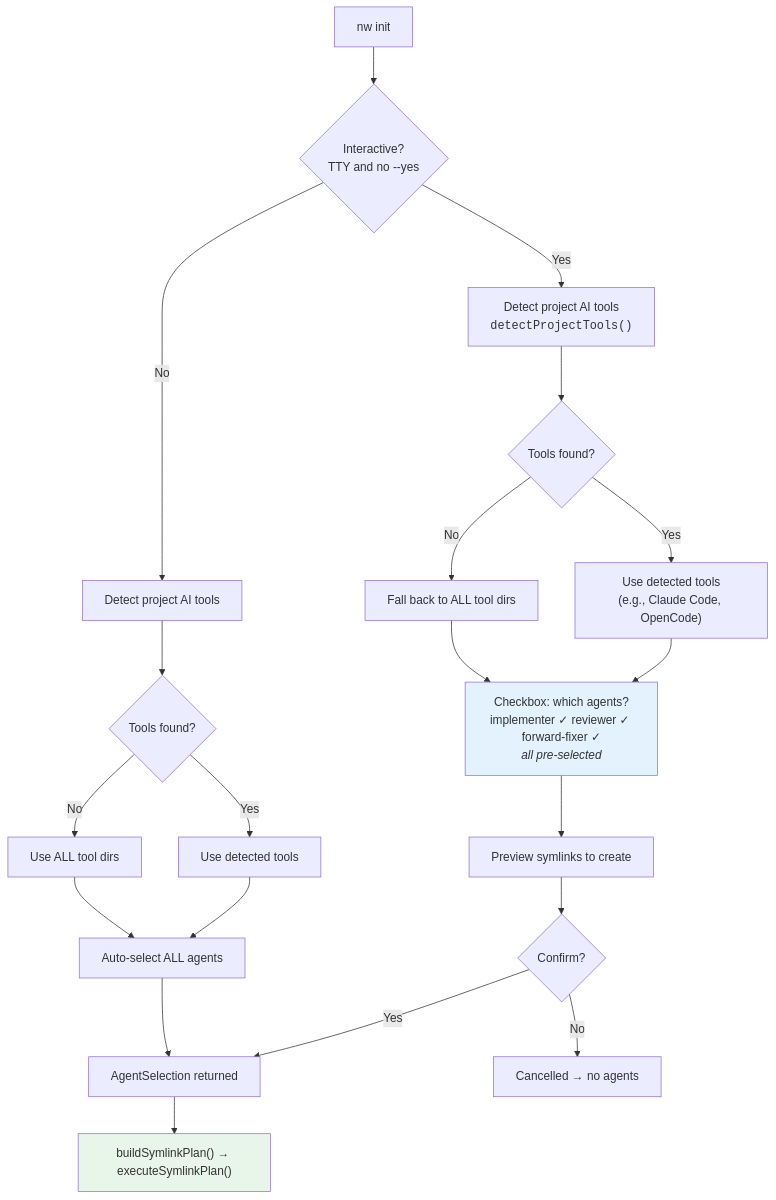
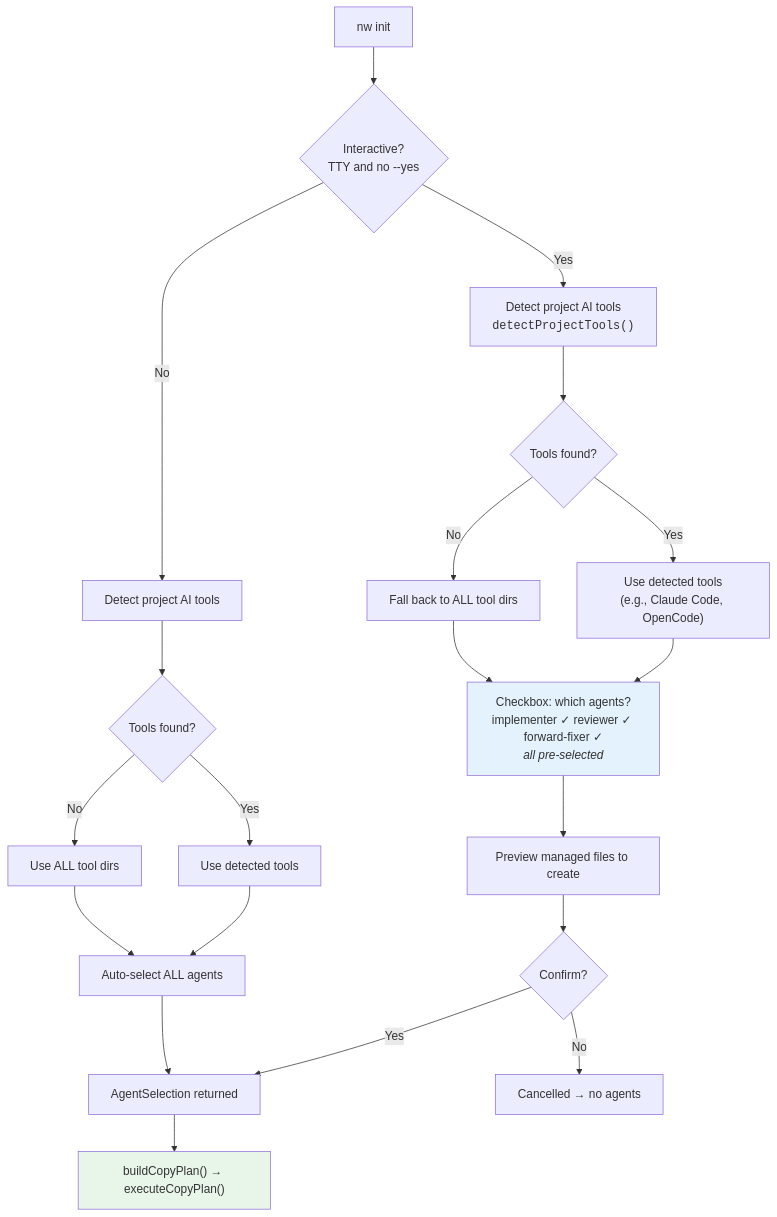
One commit to ninthwave-sh/ninthwave changed the fourth of 4 diagrams in docs/onboarding.md. Above: the diagram before and after it, drawn with Mermaid. The commit also changed other lines of this file and 20 other files, not shown here.

````diff
--- a/docs/onboarding.md
+++ b/docs/onboarding.md
@@ -153,26 +153,26 @@
 ```mermaid
 flowchart TD
     A["nw init"] --> B{Interactive?<br/>TTY and no --yes}
 
     B -->|Yes| C["Detect project AI tools<br/><code>detectProjectTools()</code>"]
     C --> D{Tools found?}
     D -->|Yes| E["Use detected tools<br/>(e.g., Claude Code, OpenCode)"]
     D -->|No| F["Fall back to ALL tool dirs"]
     E & F --> G["Checkbox: which agents?<br/>implementer ✓ reviewer ✓ forward-fixer ✓<br/><i>all pre-selected</i>"]
-    G --> H["Preview symlinks to create"]
+    G --> H["Preview managed files to create"]
     H --> I{Confirm?}
     I -->|Yes| J["AgentSelection returned"]
     I -->|No| K["Cancelled → no agents"]
 
     B -->|No| L["Detect project AI tools"]
     L --> M{Tools found?}
     M -->|Yes| N["Use detected tools"]
     M -->|No| O["Use ALL tool dirs"]
     N & O --> P["Auto-select ALL agents"]
     P --> J
 
-    J --> Q["buildSymlinkPlan() → executeSymlinkPlan()"]
+    J --> Q["buildCopyPlan() → executeCopyPlan()"]
 
     style G fill:#e3f2fd
     style Q fill:#e8f5e9
 ```
````
